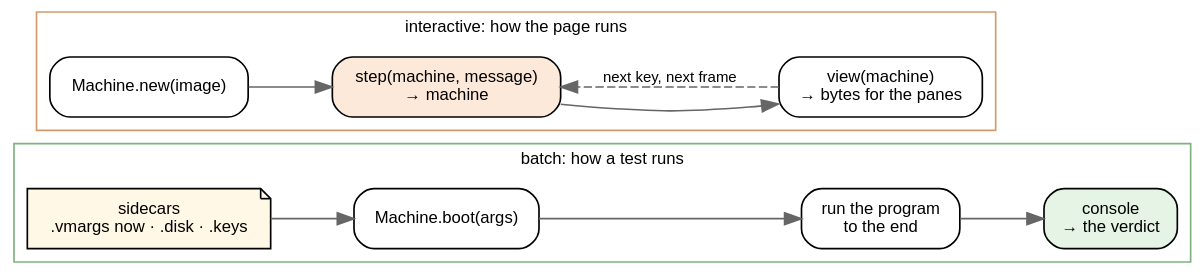
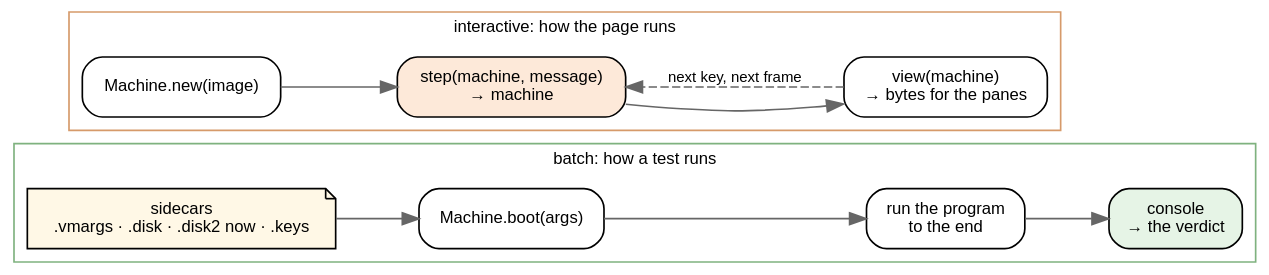
Before and after one commit to showell/essay-repl-server: the sixth of 8 diagrams in notes/roc-machine-emulator.md, drawn with Graphviz. The commit also changed other lines of this file, not shown here.

First line of the commit message:
roc-machine-emulator: step 3, fat16-list on a disk the ladder attaches

````diff
--- a/notes/roc-machine-emulator.md
+++ b/notes/roc-machine-emulator.md
@@ -215,25 +307,25 @@
 ```dot
 digraph modes {
   rankdir=LR; bgcolor="transparent";
   node [shape=box style="rounded,filled" fontname="Helvetica" fontsize=10 fillcolor="#ffffff"];
   edge [fontname="Helvetica" fontsize=9 color="#666666"];
 
   subgraph cluster_batch {
     label="batch: how a test runs"; fontname="Helvetica"; fontsize=10; color="#7fb27f";
-    side [label="sidecars\n.vmargs now · .disk · .keys" shape=note fillcolor="#fff8e6"];
+    side [label="sidecars\n.vmargs · .disk · .disk2 now · .keys" shape=note fillcolor="#fff8e6"];
     b1 [label="Machine.boot(args)"];
     b2 [label="run the program\nto the end"];
     b3 [label="console\n→ the verdict" fillcolor="#e6f4e6"];
     side -> b1 -> b2 -> b3;
   }
 
   subgraph cluster_live {
     label="interactive: how the page runs"; fontname="Helvetica"; fontsize=10; color="#d69a6a";
     l1 [label="Machine.new(image)"];
     l2 [label="step(machine, message)\n→ machine" fillcolor="#fde9d9"];
     l3 [label="view(machine)\n→ bytes for the panes"];
     l1 -> l2 -> l3;
     l3 -> l2 [label="next key, next frame" style=dashed];
   }
 }
 ```
````
